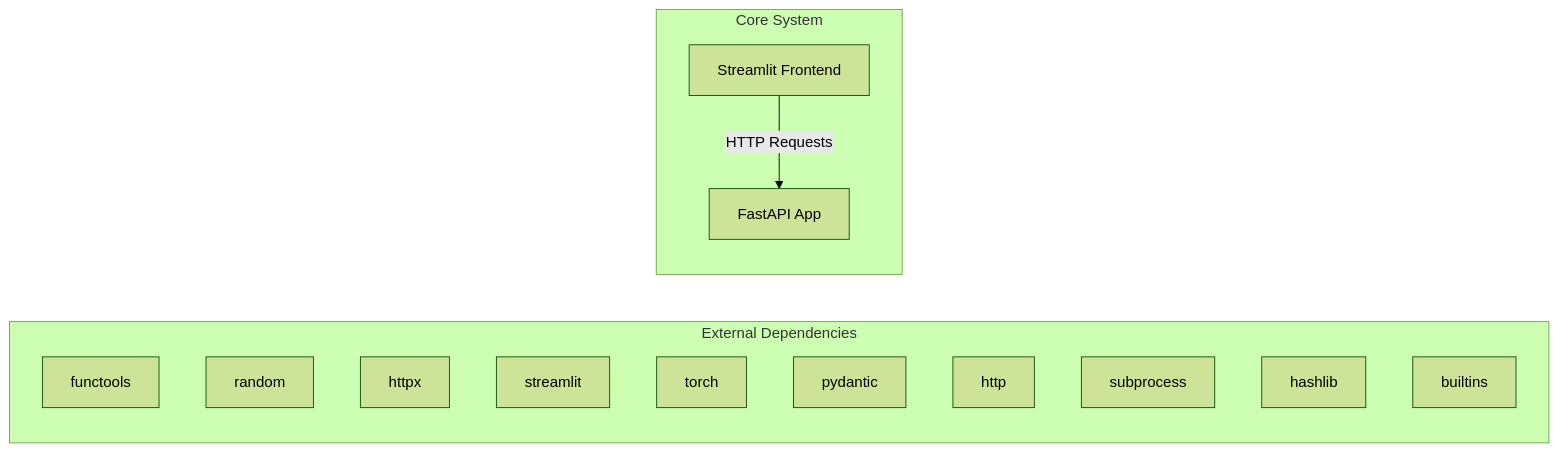
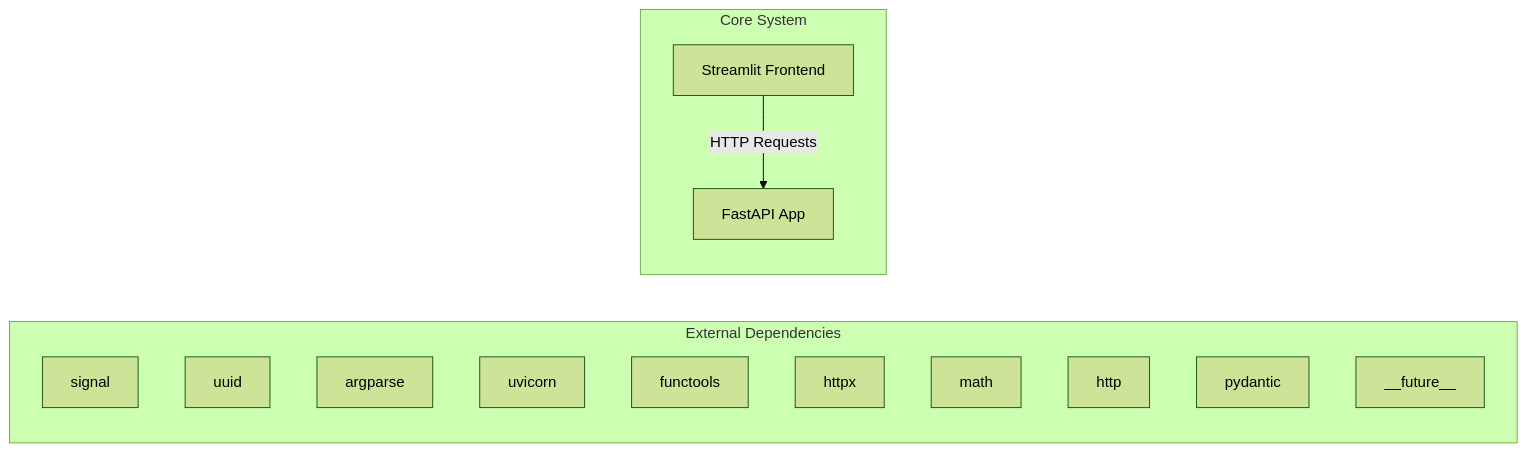
One commit to NITISH-R-G/rag-context-optimizer changed the first of 2 diagrams in docs/architecture.md. Above: the diagram before and after it, drawn with Mermaid (forest theme). The commit also changed 1 other file, not shown here.

Commit message:
docs: auto-update repository knowledge, architecture diagrams, and documentation

````diff
--- a/docs/architecture.md
+++ b/docs/architecture.md
@@ -7,20 +7,20 @@
 ```mermaid
 graph LR
     subgraph External Dependencies
-        E0["functools"]
-        E1["random"]
-        E2["httpx"]
-        E3["streamlit"]
-        E4["torch"]
-        E5["pydantic"]
-        E6["http"]
-        E7["subprocess"]
-        E8["hashlib"]
-        E9["builtins"]
+        E0["signal"]
+        E1["uuid"]
+        E2["argparse"]
+        E3["uvicorn"]
+        E4["functools"]
+        E5["httpx"]
+        E6["math"]
+        E7["http"]
+        E8["pydantic"]
+        E9["__future__"]
     end
     subgraph Core System
         API["FastAPI App"]
         UI["Streamlit Frontend"]
     end
     UI -->|HTTP Requests| API
 ```
````
